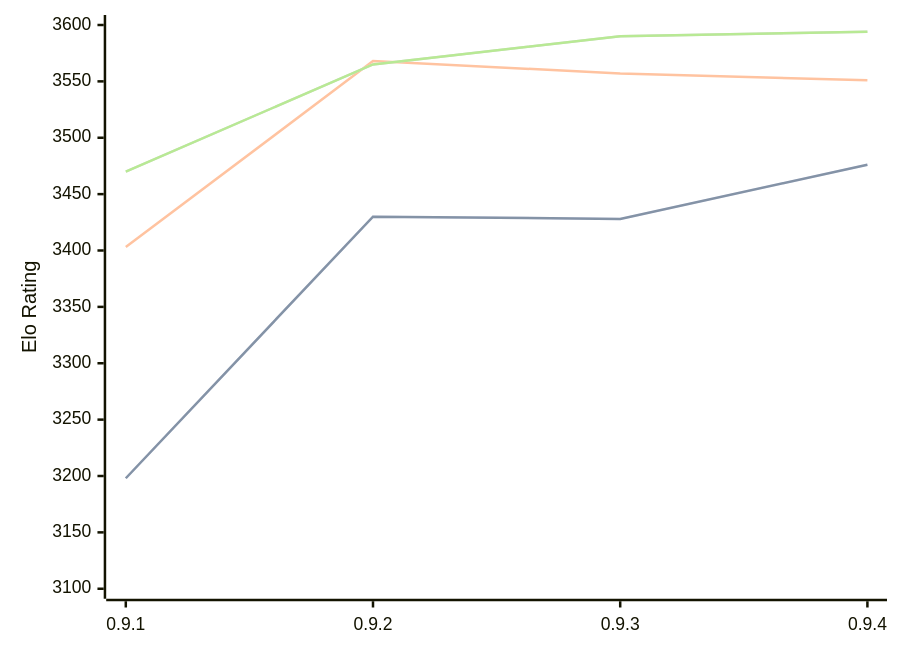
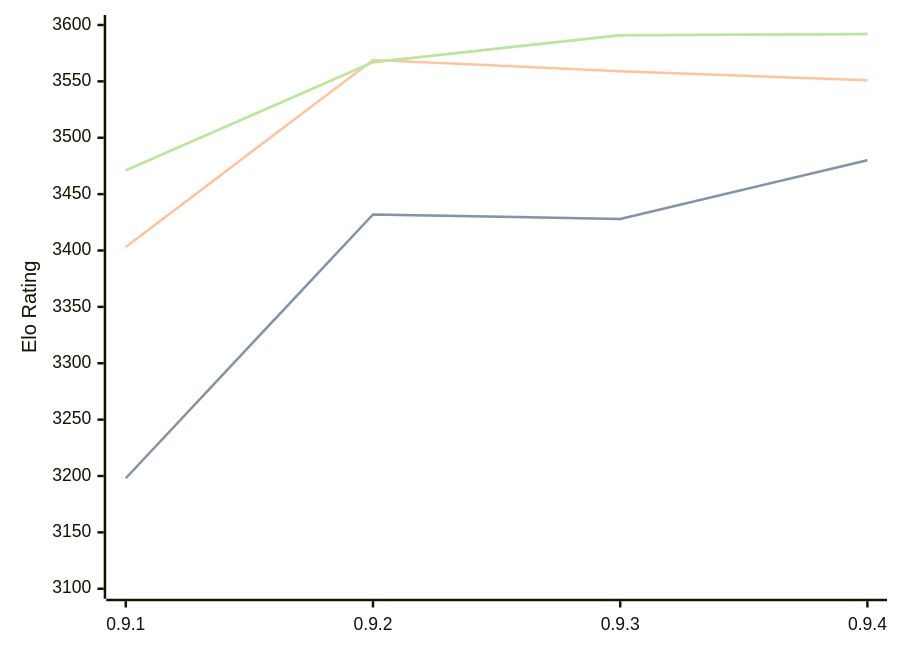
The diagram in engines/Coda.md (computer-chess-index/cci), drawn with Mermaid before and after one commit. The commit also changed other lines of this file, not shown here.

Commit message:
Update CCI Ratings (ELO VLTC) - 2026-08-26

````diff
--- a/engines/Coda.md
+++ b/engines/Coda.md
@@ -34,11 +34,11 @@
 ```mermaid
 %%{init: {"theme":"base","themeVariables":{"seriesColors:['#a3a3a3','#222221','#faa371']}}}%%
 xychart-beta
   x-axis ["0.9.1", "0.9.2", "0.9.3", "0.9.4"]
   y-axis "Elo Rating" 3100 --> 3600
-  line "STC (8.0+0.08s)" [3198, 3430, 3428, 3476]
-  line "STC (8.0+0.08s)" [3198, 3430, 3428, 3476]
-  line "LTC (60.0+0.60s)" [3403, 3568, 3557, 3551]
-  line "VLTC (2m24s+1.12s)" [3470, 3565, 3590, 3594]
-  line "VLTC (2m24s+1.12s)" [3470, 3565, 3590, 3594]
+  line "STC (8.0+0.08s)" [3198, 3432, 3428, 3480]
+  line "STC (8.0+0.08s)" [3198, 3432, 3428, 3480]
+  line "LTC (60.0+0.60s)" [3403, 3569, 3559, 3551]
+  line "VLTC (2m24s+1.12s)" [3471, 3567, 3591, 3592]
+  line "VLTC (2m24s+1.12s)" [3471, 3567, 3591, 3592]
 ```
````
